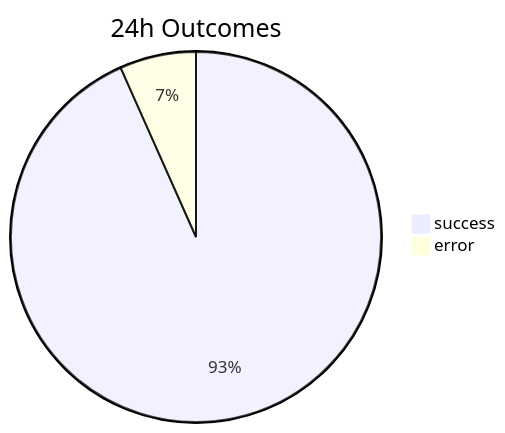
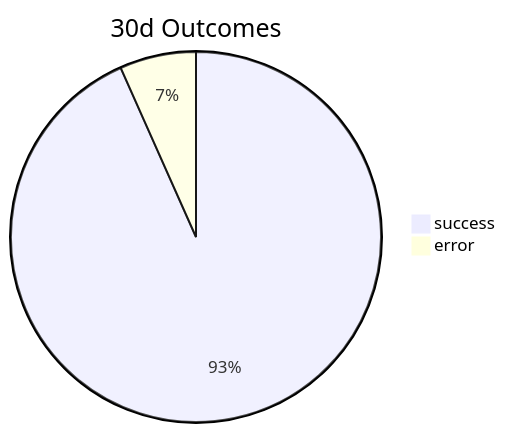
Before and after one commit to iog-creator/Gemantria: the diagram in docs/atlas/kpis.mmd, drawn with Mermaid. The commit also changed 10 other files, not shown here.

```diff
--- a/docs/atlas/kpis.mmd
+++ b/docs/atlas/kpis.mmd
@@ -1,4 +1,4 @@
-%% generated (HINT) 2025-11-10T19:58:10Z
-pie title 24h Outcomes
+%% generated (HINT) 2025-11-10T20:11:50Z
+pie title 30d Outcomes
   "success" : 42
   "error"   : 3
```
